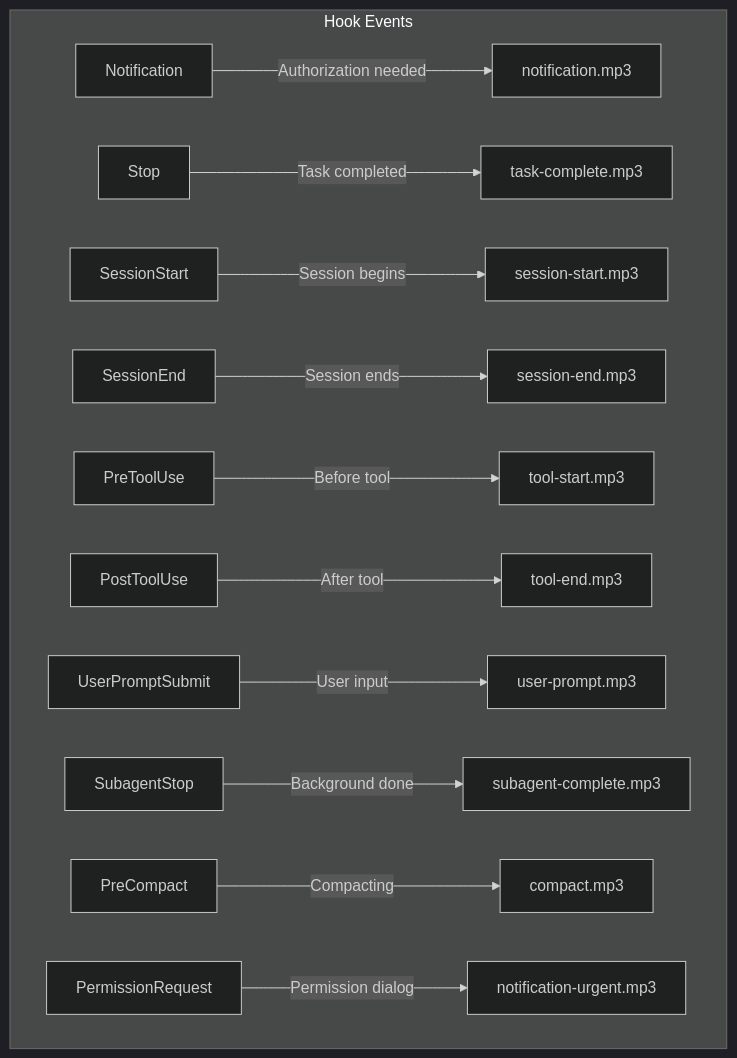
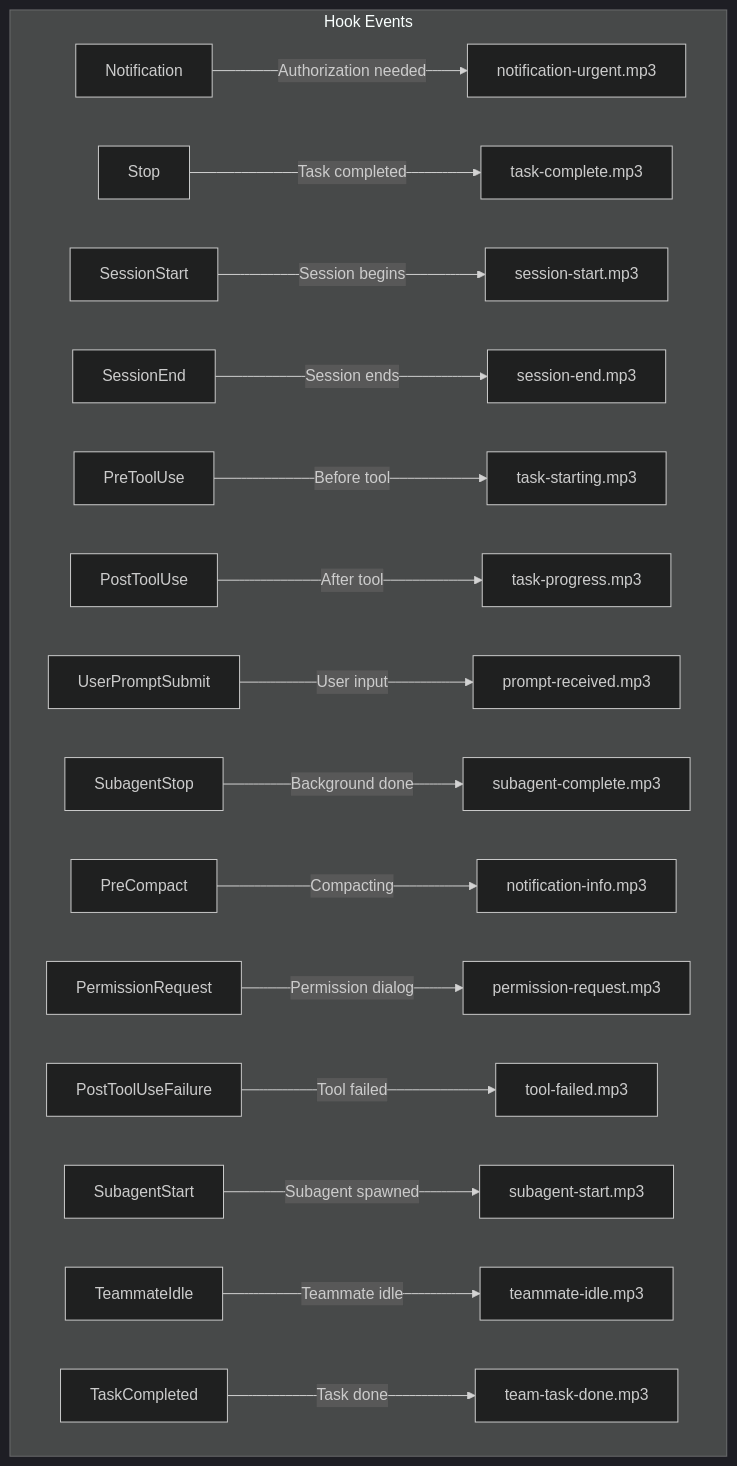
Before and after one commit to tozaki1545atebau/claude-code-audio-hooks: the third of 4 diagrams in CLAUDE.md, drawn with Mermaid (dark theme). The commit also changed other lines of this file and 19 other files, not shown here.

````diff
--- a/CLAUDE.md
+++ b/CLAUDE.md
@@ -119,15 +124,19 @@
 ```mermaid
 graph TD
     subgraph "Hook Events"
-        H1[Notification] -->|"Authorization needed"| A1[notification.mp3]
+        H1[Notification] -->|"Authorization needed"| A1[notification-urgent.mp3]
         H2[Stop] -->|"Task completed"| A2[task-complete.mp3]
         H3[SessionStart] -->|"Session begins"| A3[session-start.mp3]
         H4[SessionEnd] -->|"Session ends"| A4[session-end.mp3]
-        H5[PreToolUse] -->|"Before tool"| A5[tool-start.mp3]
-        H6[PostToolUse] -->|"After tool"| A6[tool-end.mp3]
-        H7[UserPromptSubmit] -->|"User input"| A7[user-prompt.mp3]
+        H5[PreToolUse] -->|"Before tool"| A5[task-starting.mp3]
+        H6[PostToolUse] -->|"After tool"| A6[task-progress.mp3]
+        H7[UserPromptSubmit] -->|"User input"| A7[prompt-received.mp3]
         H8[SubagentStop] -->|"Background done"| A8[subagent-complete.mp3]
-        H9[PreCompact] -->|"Compacting"| A9[compact.mp3]
-        H10[PermissionRequest] -->|"Permission dialog"| A10[notification-urgent.mp3]
+        H9[PreCompact] -->|"Compacting"| A9[notification-info.mp3]
+        H10[PermissionRequest] -->|"Permission dialog"| A10[permission-request.mp3]
+        H11[PostToolUseFailure] -->|"Tool failed"| A11[tool-failed.mp3]
+        H12[SubagentStart] -->|"Subagent spawned"| A12[subagent-start.mp3]
+        H13[TeammateIdle] -->|"Teammate idle"| A13[teammate-idle.mp3]
+        H14[TaskCompleted] -->|"Task done"| A14[team-task-done.mp3]
     end
 ```
````
